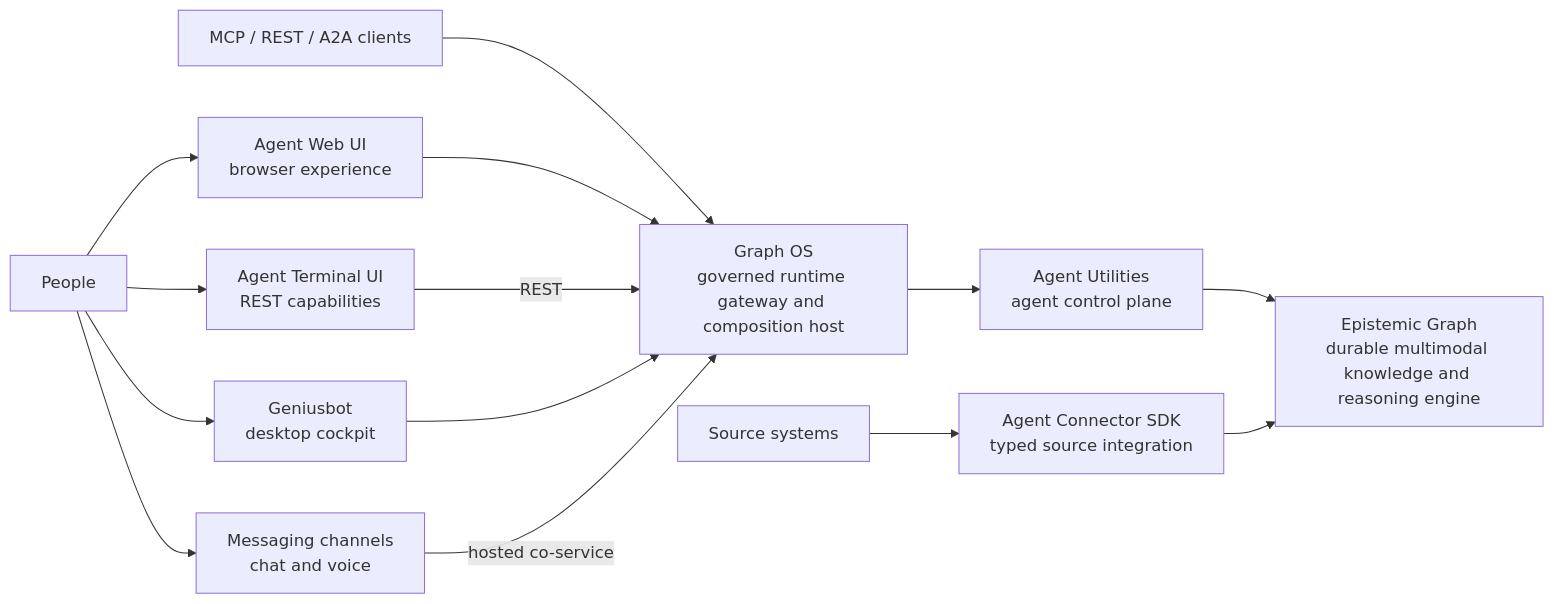
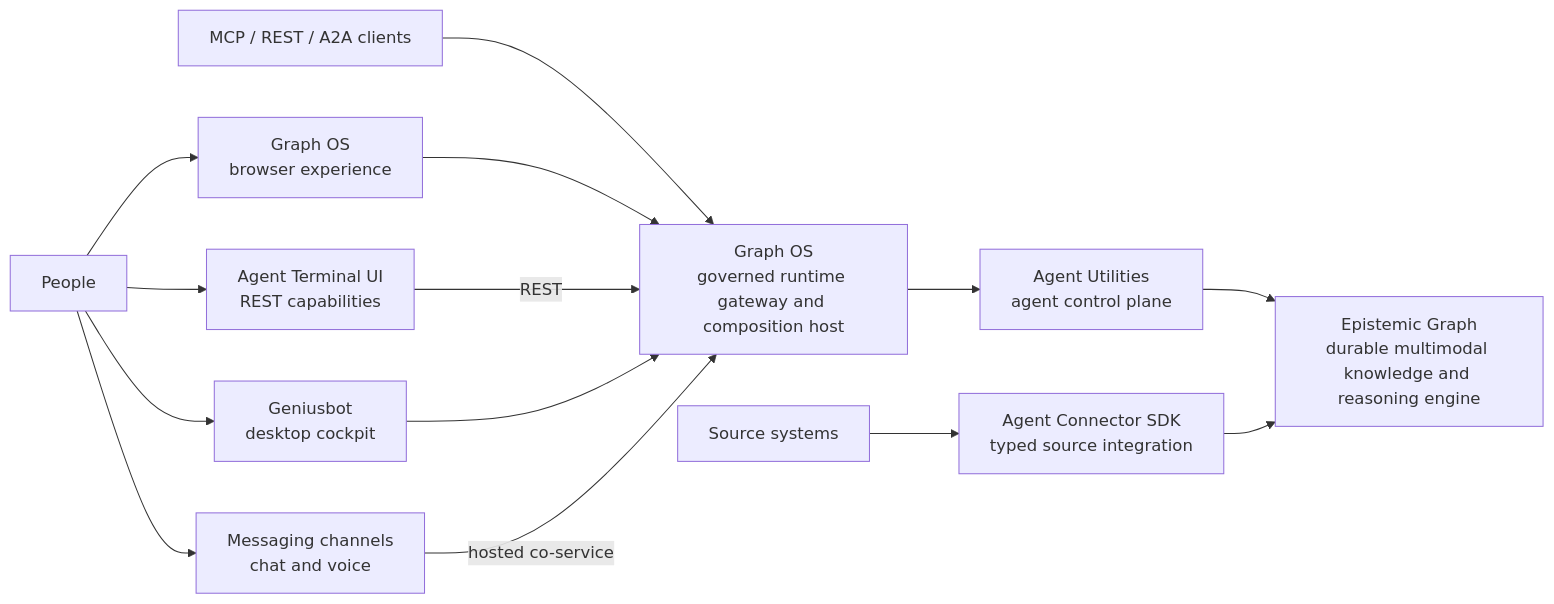
Before and after one commit to Knuckles-Team/agent-webui: the diagram in docs/assets/runtime-architecture.mmd, drawn with Mermaid. The commit also changed 17 other files, not shown here.

First line of the commit message:
rebrand remaining user-facing strings to Graph OS; fix blocking consent banner

```diff
--- a/docs/assets/runtime-architecture.mmd
+++ b/docs/assets/runtime-architecture.mmd
@@ -1,26 +1,26 @@
 flowchart LR
   People["People"]
-  WebUI["Agent Web UI<br/>browser experience"]
+  WebUI["Graph OS<br/>browser experience"]
   TUI["Agent Terminal UI<br/>REST capabilities"]
   Genius["Geniusbot<br/>desktop cockpit"]
   Messaging["Messaging channels<br/>chat and voice"]
   Clients["MCP / REST / A2A clients"]
   GraphOS["Graph OS<br/>governed runtime gateway and composition host"]
   AU["Agent Utilities<br/>agent control plane"]
   EG["Epistemic Graph<br/>durable multimodal knowledge and reasoning engine"]
   Sources["Source systems"]
   SDK["Agent Connector SDK<br/>typed source integration"]
 
   People --> WebUI
   People --> TUI
   People --> Genius
   People --> Messaging
   Clients --> GraphOS
   WebUI --> GraphOS
   TUI -->|REST| GraphOS
   Genius --> GraphOS
   Messaging -->|hosted co-service| GraphOS
   GraphOS --> AU
   AU --> EG
   Sources --> SDK
   SDK --> EG
```
